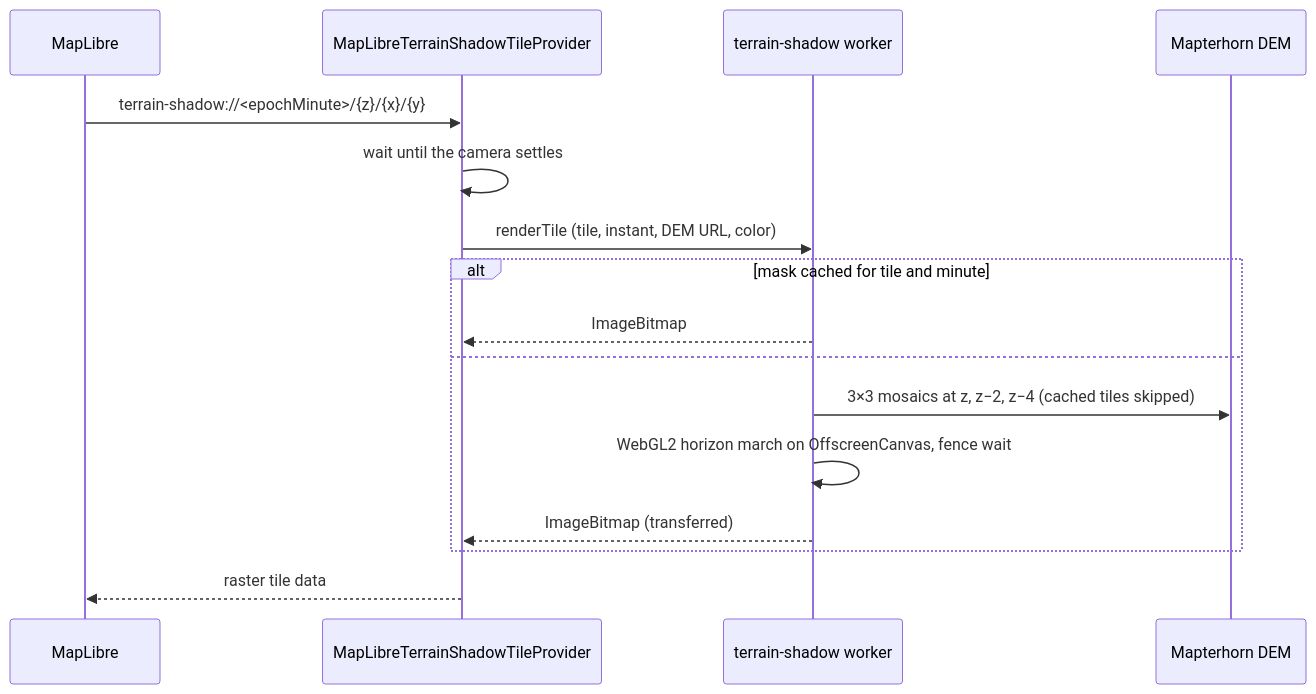
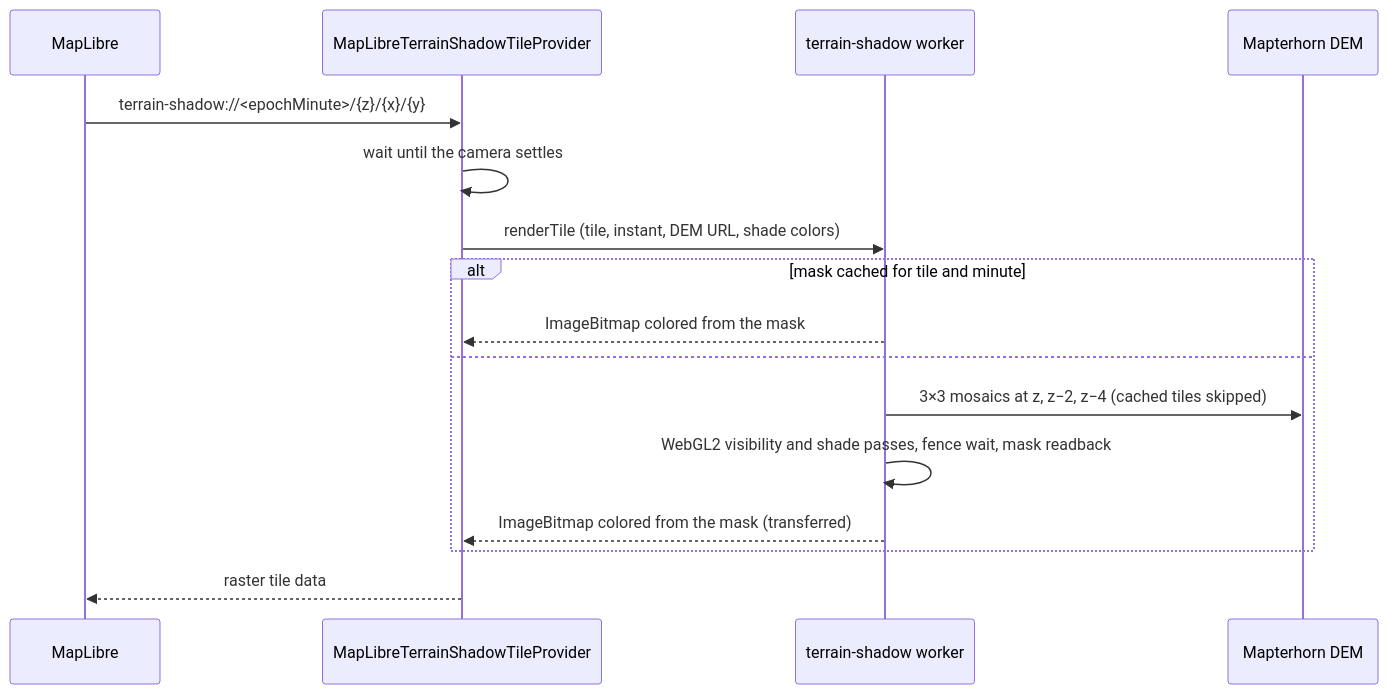
Before and after one commit to bogdandm/georgia-routing-planner: the third of 9 diagrams in docs/runtime-flows.md, drawn with Mermaid. The commit also changed other lines of this file and 17 other files, not shown here.

````diff
--- a/docs/runtime-flows.md
+++ b/docs/runtime-flows.md
@@ -228,18 +228,18 @@
 ```mermaid
 sequenceDiagram
   participant Map as MapLibre
   participant Provider as MapLibreTerrainShadowTileProvider
   participant Worker as terrain-shadow worker
   participant DEM as Mapterhorn DEM
   Map->>Provider: terrain-shadow://<epochMinute>/{z}/{x}/{y}
   Provider->>Provider: wait until the camera settles
-  Provider->>Worker: renderTile (tile, instant, DEM URL, color)
+  Provider->>Worker: renderTile (tile, instant, DEM URL, shade colors)
   alt mask cached for tile and minute
-    Worker-->>Provider: ImageBitmap
+    Worker-->>Provider: ImageBitmap colored from the mask
   else
     Worker->>DEM: 3×3 mosaics at z, z−2, z−4 (cached tiles skipped)
-    Worker->>Worker: WebGL2 horizon march on OffscreenCanvas, fence wait
-    Worker-->>Provider: ImageBitmap (transferred)
+    Worker->>Worker: WebGL2 visibility and shade passes, fence wait, mask readback
+    Worker-->>Provider: ImageBitmap colored from the mask (transferred)
   end
   Provider-->>Map: raster tile data
 ```
````
